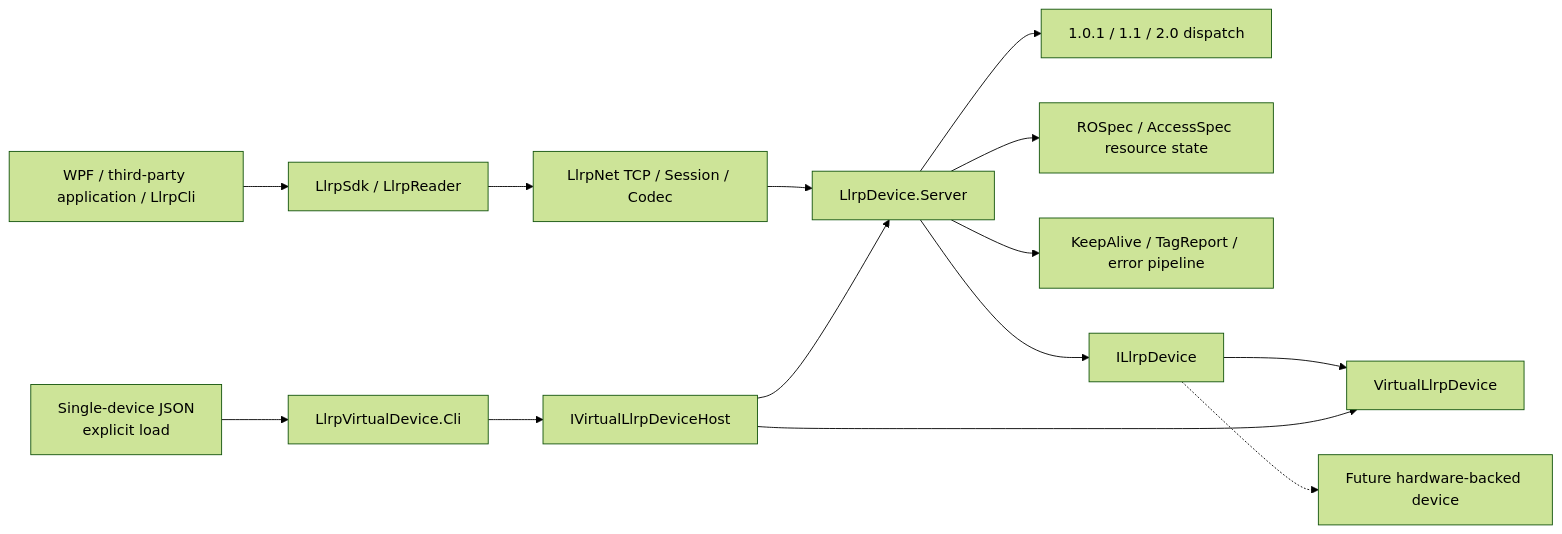
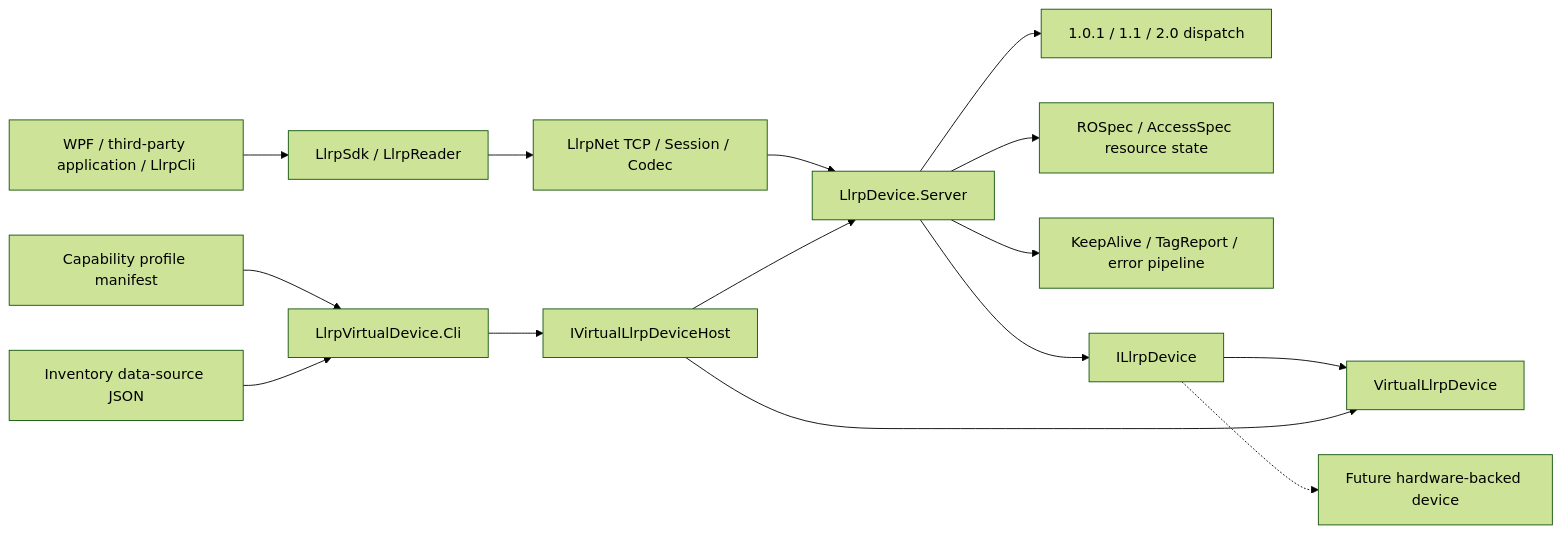
One commit to newton5555/LLRPCSharp changed the first of 2 diagrams in docs/architecture/overview.md. Above: the diagram before and after it, drawn with Mermaid (forest theme). The commit also changed other lines of this file and 25 other files, not shown here.

Commit message:
feat: complete virtual device SDK and CLI

````diff
--- a/docs/architecture/overview.md
+++ b/docs/architecture/overview.md
@@ -32,16 +32,17 @@
 ```mermaid
 flowchart LR
     Client["WPF / third-party application / LlrpCli"] --> SDK["LlrpSdk / LlrpReader"]
     SDK --> Net["LlrpNet TCP / Session / Codec"]
     Net --> Server["LlrpDevice.Server"]
     Server --> Protocol["1.0.1 / 1.1 / 2.0 dispatch"]
     Server --> Resources["ROSpec / AccessSpec resource state"]
     Server --> Reports["KeepAlive / TagReport / error pipeline"]
     Server --> Contract["ILlrpDevice"]
     Contract --> Virtual["VirtualLlrpDevice"]
     Contract -.-> Physical["Future hardware-backed device"]
     Host["IVirtualLlrpDeviceHost"] --> Server
     Host --> Virtual
     DeviceCli["LlrpVirtualDevice.Cli"] --> Host
-    Config["Single-device JSON<br/>explicit load"] --> DeviceCli
+    Caps["Capability profile manifest"] --> DeviceCli
+    Data["Inventory data-source JSON"] --> DeviceCli
 ```
````
